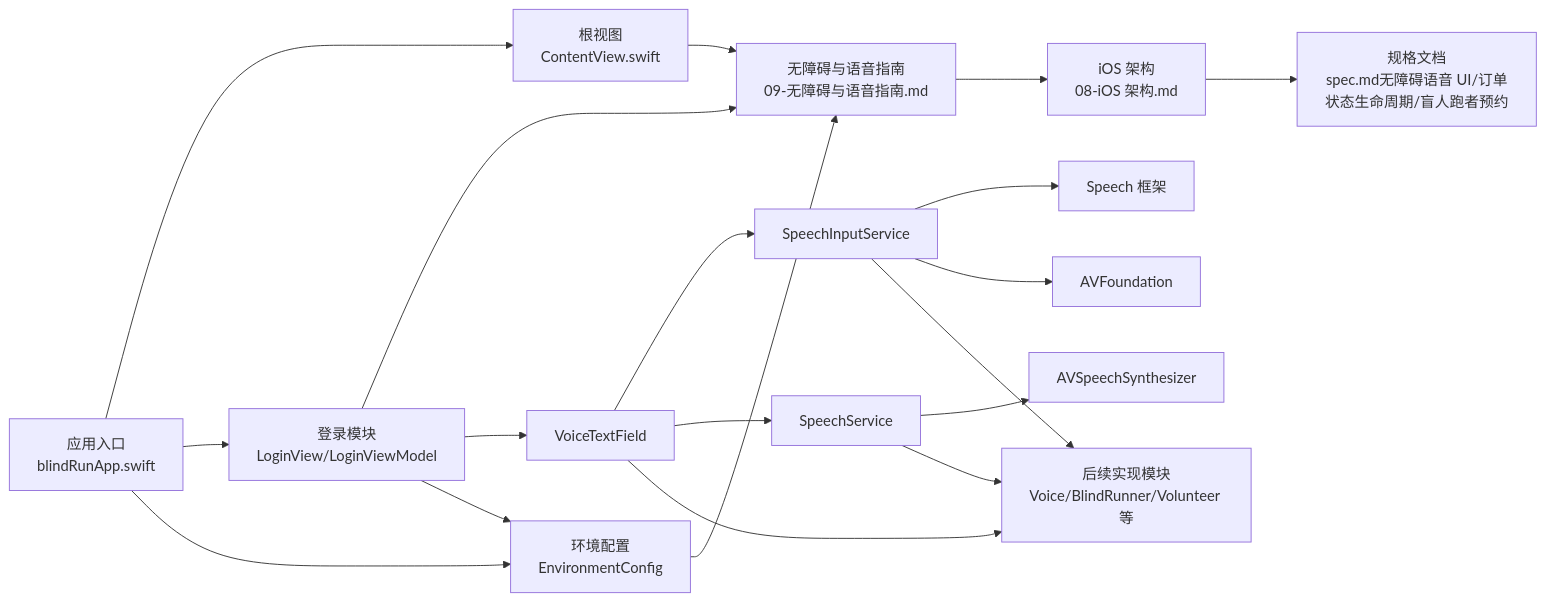
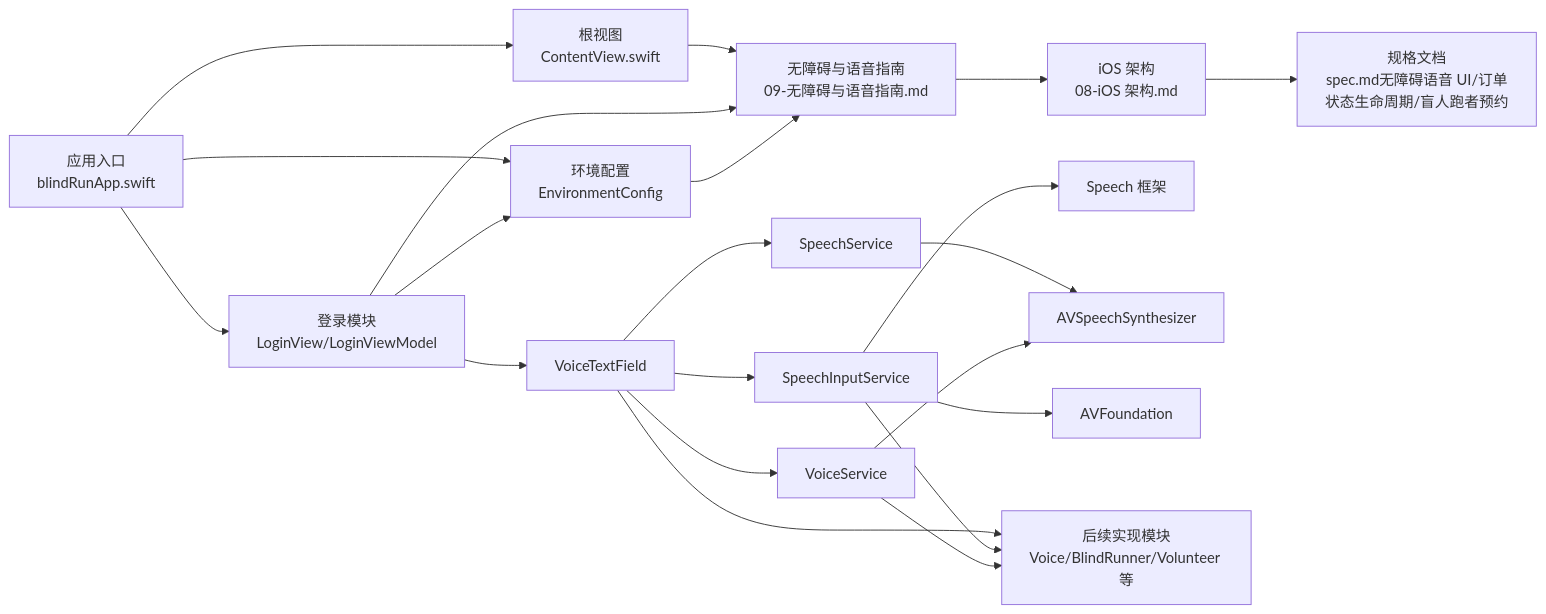
One commit to Jayden23018/blind-run-ios changed the third of 3 diagrams in .qoder/repowiki/zh/content/核心功能模块/无障碍语音系统.md. Above: the diagram before and after it, drawn with Mermaid. The commit also changed other lines of this file and 22 other files, not shown here.

````diff
--- a/.qoder/repowiki/zh/content/核心功能模块/无障碍语音系统.md
+++ b/.qoder/repowiki/zh/content/核心功能模块/无障碍语音系统.md
@@ -471,21 +481,23 @@
 ```mermaid
 graph LR
 App["应用入口<br/>blindRunApp.swift"] --> View["根视图<br/>ContentView.swift"]
 App --> Login["登录模块<br/>LoginView/LoginViewModel"]
 App --> Env["环境配置<br/>EnvironmentConfig"]
 View --> Guide["无障碍与语音指南<br/>09-无障碍与语音指南.md"]
 Login --> Guide
 Env --> Guide
 Guide --> Arch["iOS 架构<br/>08-iOS 架构.md"]
 Arch --> Specs["规格文档<br/>spec.md无障碍语音 UI/订单状态生命周期/盲人跑者预约"]
 VTF["VoiceTextField"] --> SIS["SpeechInputService"]
 VTF --> SS["SpeechService"]
+VTF --> VS["VoiceService"]
 SIS --> STT["Speech 框架"]
 SS --> TTS["AVSpeechSynthesizer"]
+VS --> TTS
 SIS --> AV["AVFoundation"]
 Login --> VTF
 Login --> Env
 VTF --> Impl["后续实现模块<br/>Voice/BlindRunner/Volunteer 等"]
 SIS --> Impl
-SS --> Impl
+VS --> Impl
 ```
````
